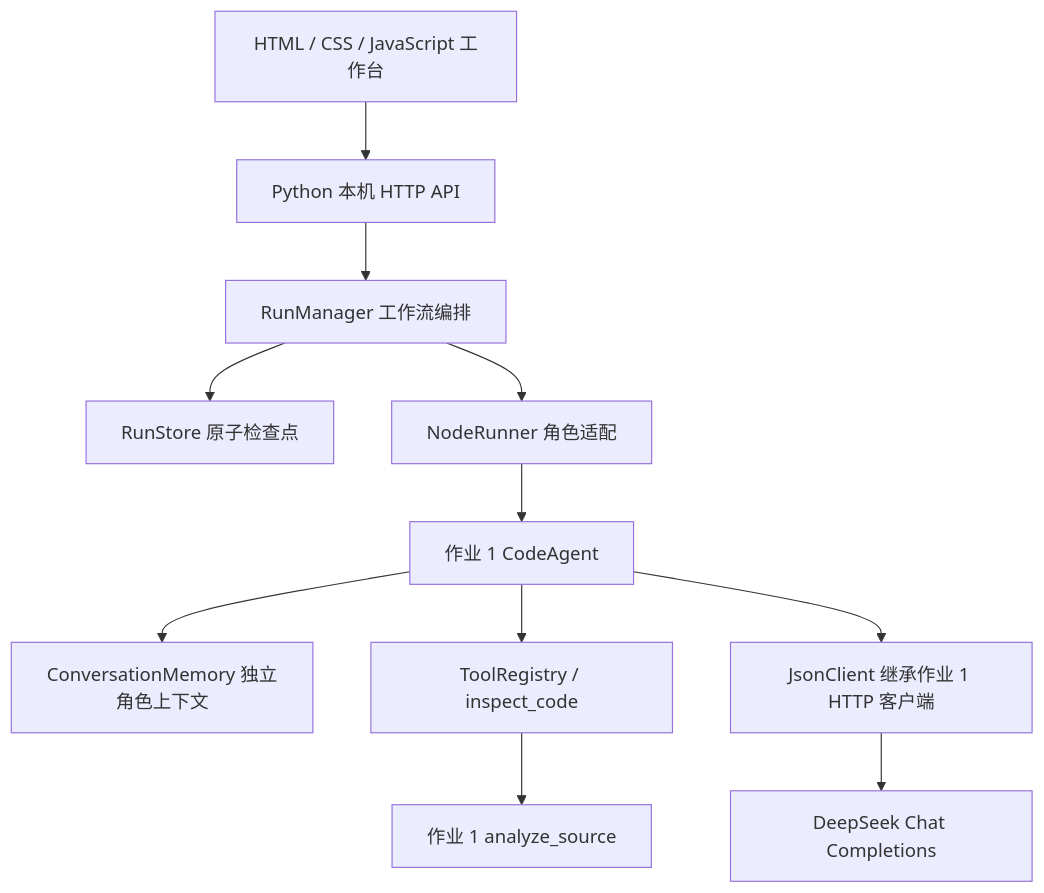
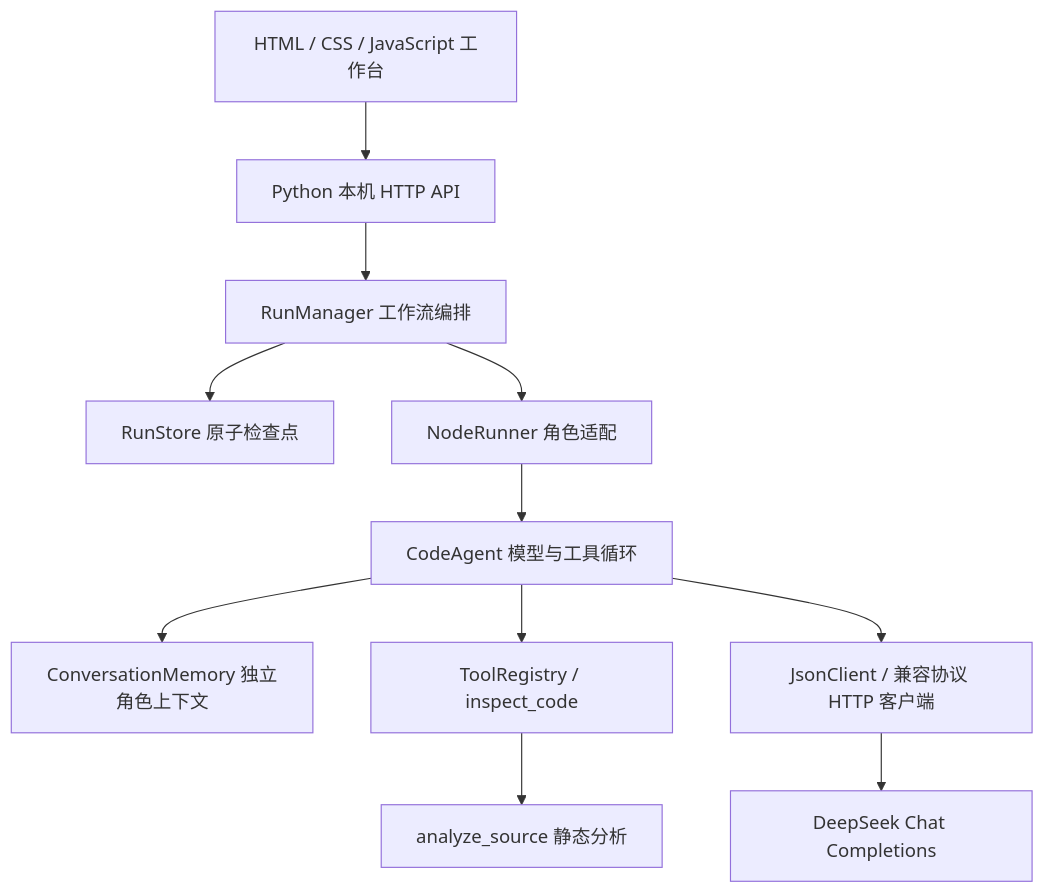
Before and after one commit to wondermagi1/workflow: the first of 2 diagrams in Design.md, drawn with Mermaid. The commit also changed other lines of this file and 5 other files, not shown here.

````diff
--- a/Design.md
+++ b/Design.md
@@ -9,13 +9,13 @@
 ```mermaid
 flowchart TD
     UI[HTML / CSS / JavaScript 工作台] --> API[Python 本机 HTTP API]
     API --> MANAGER[RunManager 工作流编排]
     MANAGER --> STORE[RunStore 原子检查点]
     MANAGER --> NODE[NodeRunner 角色适配]
-    NODE --> CORE[作业 1 CodeAgent]
+    NODE --> CORE[CodeAgent 模型与工具循环]
     CORE --> MEMORY[ConversationMemory 独立角色上下文]
     CORE --> TOOL[ToolRegistry / inspect_code]
-    TOOL --> AST[作业 1 analyze_source]
-    CORE --> CLIENT[JsonClient 继承作业 1 HTTP 客户端]
+    TOOL --> AST[analyze_source 静态分析]
+    CORE --> CLIENT[JsonClient / 兼容协议 HTTP 客户端]
     CLIENT --> DS[DeepSeek Chat Completions]
 ```
````
